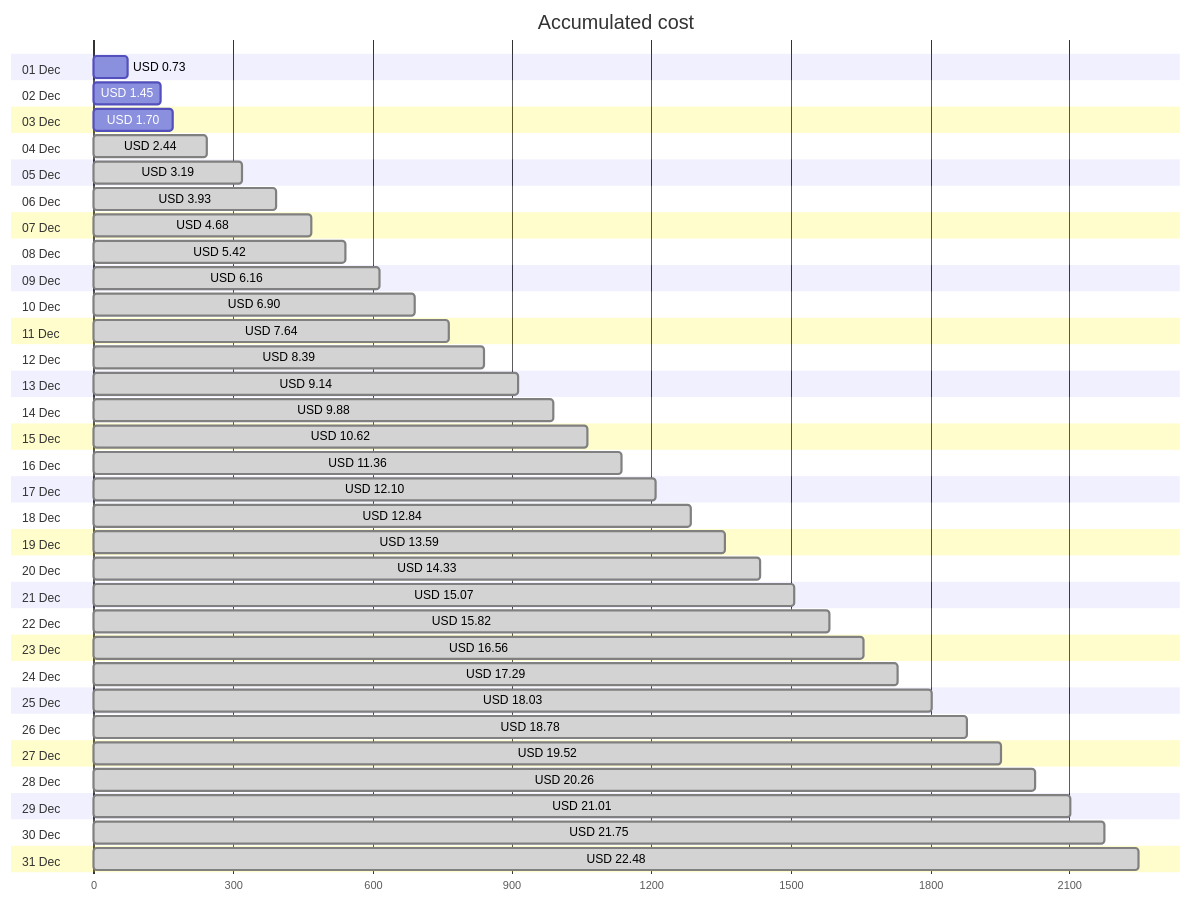
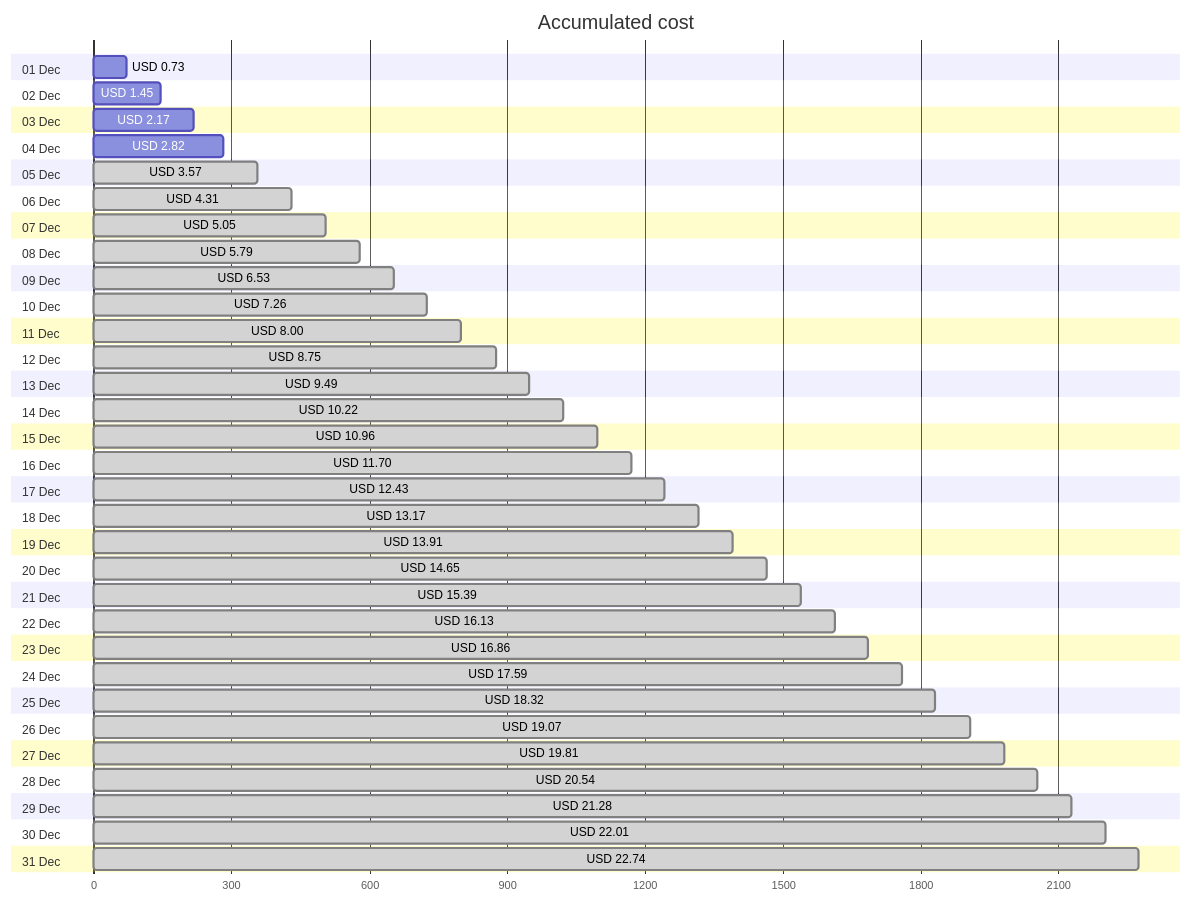
Before and after one commit to jpfulton/azure-personal-reports: the first of 4 diagrams in cost-reports/personal-network/backup-server-data-disk.md, drawn with Mermaid. The commit also changed other lines of this file and 8 other files, not shown here.

````diff
--- a/cost-reports/personal-network/backup-server-data-disk.md
+++ b/cost-reports/personal-network/backup-server-data-disk.md
@@ -20,68 +20,68 @@
 ```mermaid
 gantt
    title Accumulated cost
    dateFormat  X
    axisFormat %s
    section 01 Dec
    USD 0.73 :0, 73
    section 02 Dec
    USD 1.45 :0, 145
    section 03 Dec
-   USD 1.70 :0, 170
+   USD 2.17 :0, 217
    section 04 Dec
-   USD 2.44 : done, 0, 244
+   USD 2.82 :0, 282
    section 05 Dec
-   USD 3.19 : done, 0, 319
+   USD 3.57 : done, 0, 357
    section 06 Dec
-   USD 3.93 : done, 0, 393
+   USD 4.31 : done, 0, 431
    section 07 Dec
-   USD 4.68 : done, 0, 468
+   USD 5.05 : done, 0, 505
    section 08 Dec
-   USD 5.42 : done, 0, 542
+   USD 5.79 : done, 0, 579
    section 09 Dec
-   USD 6.16 : done, 0, 616
+   USD 6.53 : done, 0, 653
    section 10 Dec
-   USD 6.90 : done, 0, 690
+   USD 7.26 : done, 0, 726
    section 11 Dec
-   USD 7.64 : done, 0, 764
+   USD 8.00 : done, 0, 800
    section 12 Dec
-   USD 8.39 : done, 0, 839
+   USD 8.75 : done, 0, 875
    section 13 Dec
-   USD 9.14 : done, 0, 914
+   USD 9.49 : done, 0, 949
    section 14 Dec
-   USD 9.88 : done, 0, 988
+   USD 10.22 : done, 0, 1022
    section 15 Dec
-   USD 10.62 : done, 0, 1062
+   USD 10.96 : done, 0, 1096
    section 16 Dec
-   USD 11.36 : done, 0, 1136
+   USD 11.70 : done, 0, 1170
    section 17 Dec
-   USD 12.10 : done, 0, 1210
+   USD 12.43 : done, 0, 1243
    section 18 Dec
-   USD 12.84 : done, 0, 1284
+   USD 13.17 : done, 0, 1317
    section 19 Dec
-   USD 13.59 : done, 0, 1359
+   USD 13.91 : done, 0, 1391
    section 20 Dec
-   USD 14.33 : done, 0, 1433
+   USD 14.65 : done, 0, 1465
    section 21 Dec
-   USD 15.07 : done, 0, 1507
+   USD 15.39 : done, 0, 1539
    section 22 Dec
-   USD 15.82 : done, 0, 1582
+   USD 16.13 : done, 0, 1613
    section 23 Dec
-   USD 16.56 : done, 0, 1656
+   USD 16.86 : done, 0, 1686
    section 24 Dec
-   USD 17.29 : done, 0, 1729
+   USD 17.59 : done, 0, 1759
    section 25 Dec
-   USD 18.03 : done, 0, 1803
+   USD 18.32 : done, 0, 1832
    section 26 Dec
-   USD 18.78 : done, 0, 1878
+   USD 19.07 : done, 0, 1907
    section 27 Dec
-   USD 19.52 : done, 0, 1952
+   USD 19.81 : done, 0, 1981
    section 28 Dec
-   USD 20.26 : done, 0, 2026
+   USD 20.54 : done, 0, 2054
    section 29 Dec
-   USD 21.01 : done, 0, 2101
+   USD 21.28 : done, 0, 2128
    section 30 Dec
-   USD 21.75 : done, 0, 2175
+   USD 22.01 : done, 0, 2201
    section 31 Dec
-   USD 22.48 : done, 0, 2248
+   USD 22.74 : done, 0, 2274
 ```
````
